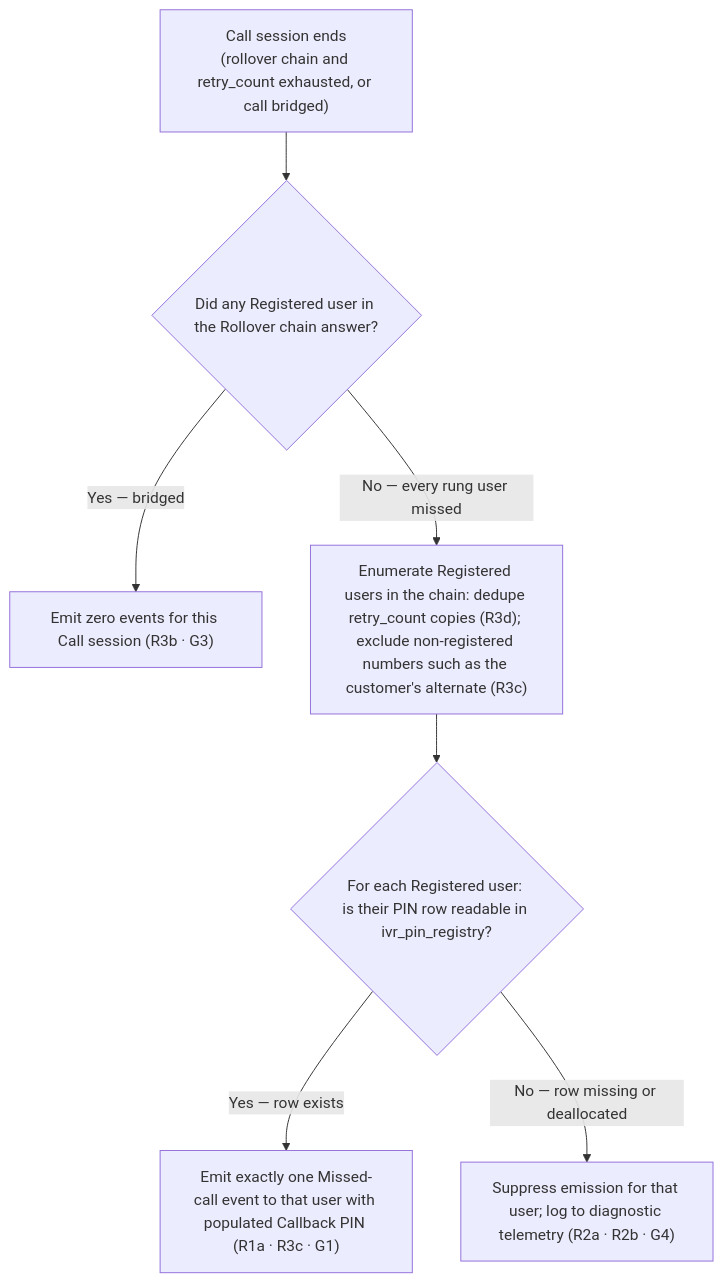
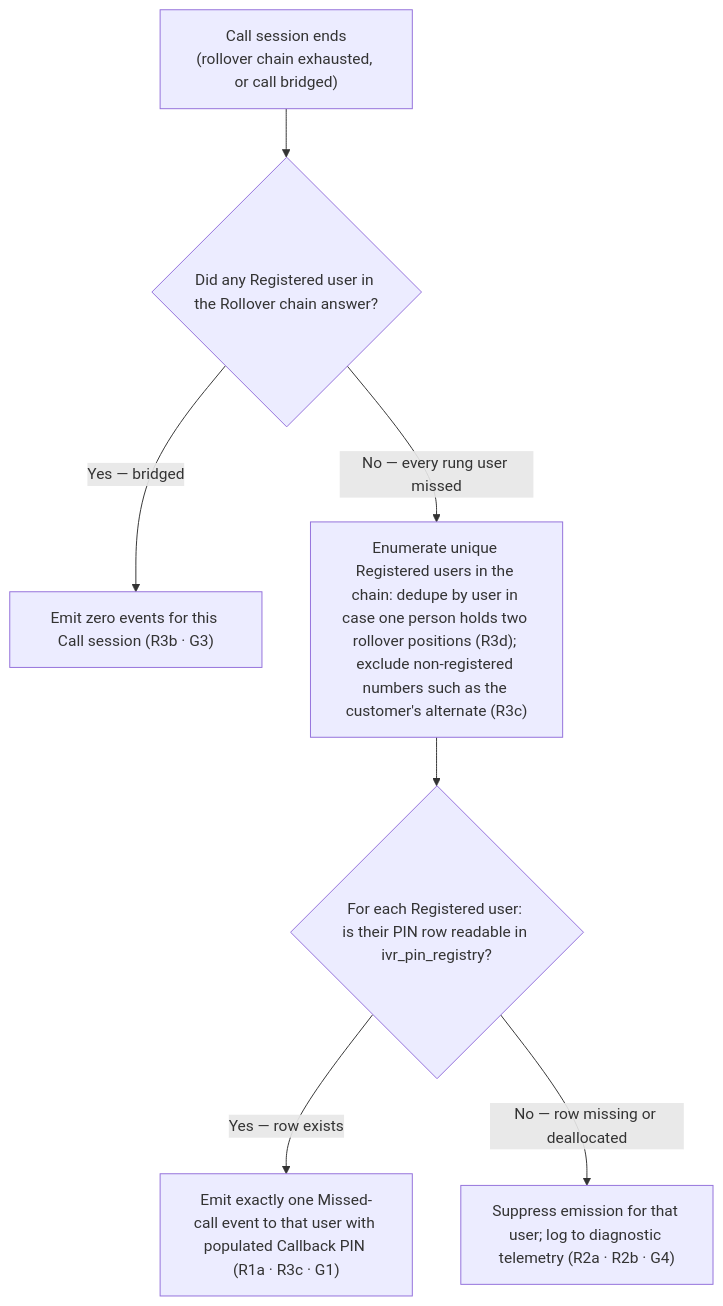
One commit to ashish-raj-wiom/ivr-missed-call-alert-pin-prd changed the diagram in IVR_Missed_Call_Alert_PIN_PRD_v2.md. Above: the diagram before and after it, drawn with Mermaid. The commit also changed other lines of this file and 1 other file, not shown here.

````diff
--- a/IVR_Missed_Call_Alert_PIN_PRD_v2.md
+++ b/IVR_Missed_Call_Alert_PIN_PRD_v2.md
@@ -123,9 +121,9 @@
 ```mermaid
 flowchart TD
-    A["Call session ends<br/>(rollover chain and retry_count exhausted, or call bridged)"] --> B{"Did any Registered user in the Rollover chain answer?"}
+    A["Call session ends<br/>(rollover chain exhausted, or call bridged)"] --> B{"Did any Registered user in the Rollover chain answer?"}
     B -- "Yes — bridged" --> Z["Emit zero events for this Call session (R3b · G3)"]
-    B -- "No — every rung user missed" --> C["Enumerate Registered users in the chain: dedupe retry_count copies (R3d); exclude non-registered numbers such as the customer's alternate (R3c)"]
+    B -- "No — every rung user missed" --> C["Enumerate unique Registered users in the chain: dedupe by user in case one person holds two rollover positions (R3d); exclude non-registered numbers such as the customer's alternate (R3c)"]
     C --> D{"For each Registered user: is their PIN row readable in ivr_pin_registry?"}
     D -- "Yes — row exists" --> E["Emit exactly one Missed-call event to that user with populated Callback PIN (R1a · R3c · G1)"]
     D -- "No — row missing or deallocated" --> F["Suppress emission for that user; log to diagnostic telemetry (R2a · R2b · G4)"]
 ```
````
